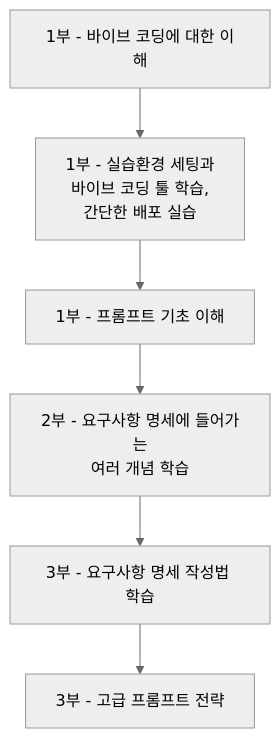
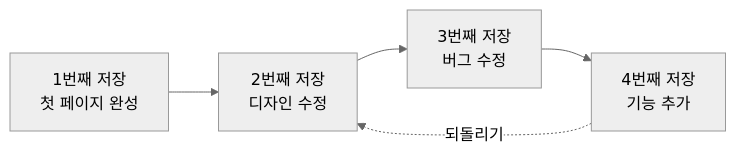
One commit to nugurejeil/weniVooks changed the first of 4 diagrams in _md/essentials-vibecoding/chapter04/04-1.md. Above: the diagram before and after it, drawn with Mermaid (neutral theme). The commit also changed other lines of this file and 49 other files, not shown here.

````diff
--- a/_md/essentials-vibecoding/chapter04/04-1.md
+++ b/_md/essentials-vibecoding/chapter04/04-1.md
@@ -17,8 +47,7 @@
 ```mermaid
-flowchart TD
-    A["1부 - 바이브 코딩에 대한 이해"] --> B["1부 - 실습환경 세팅과<br/>바이브 코딩 툴 학습,<br/>간단한 배포 실습"]
-    B --> C["1부 - 프롬프트 기초 이해"]
-    C --> D["2부 - 요구사항 명세에 들어가는<br/>여러 개념 학습"]
-    D --> E["3부 - 요구사항 명세 작성법 학습"]
-    E --> F["3부 - 고급 프롬프트 전략"]
+flowchart LR
+    A["1번째 저장<br/>첫 페이지 완성"] --> B["2번째 저장<br/>디자인 수정"]
+    B --> C["3번째 저장<br/>버그 수정"]
+    C --> D["4번째 저장<br/>기능 추가"]
+    D -.->|"되돌리기"| B
 ```
````
